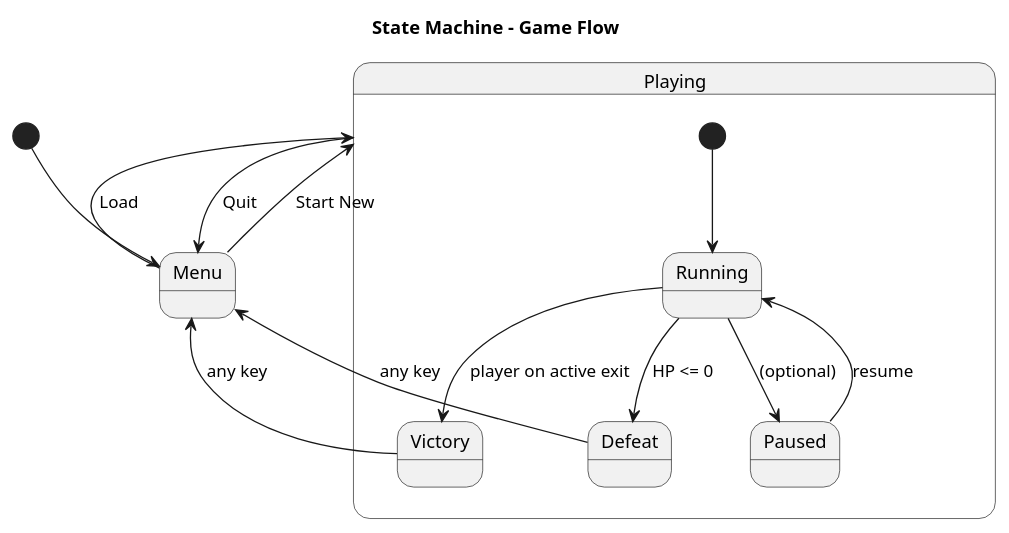
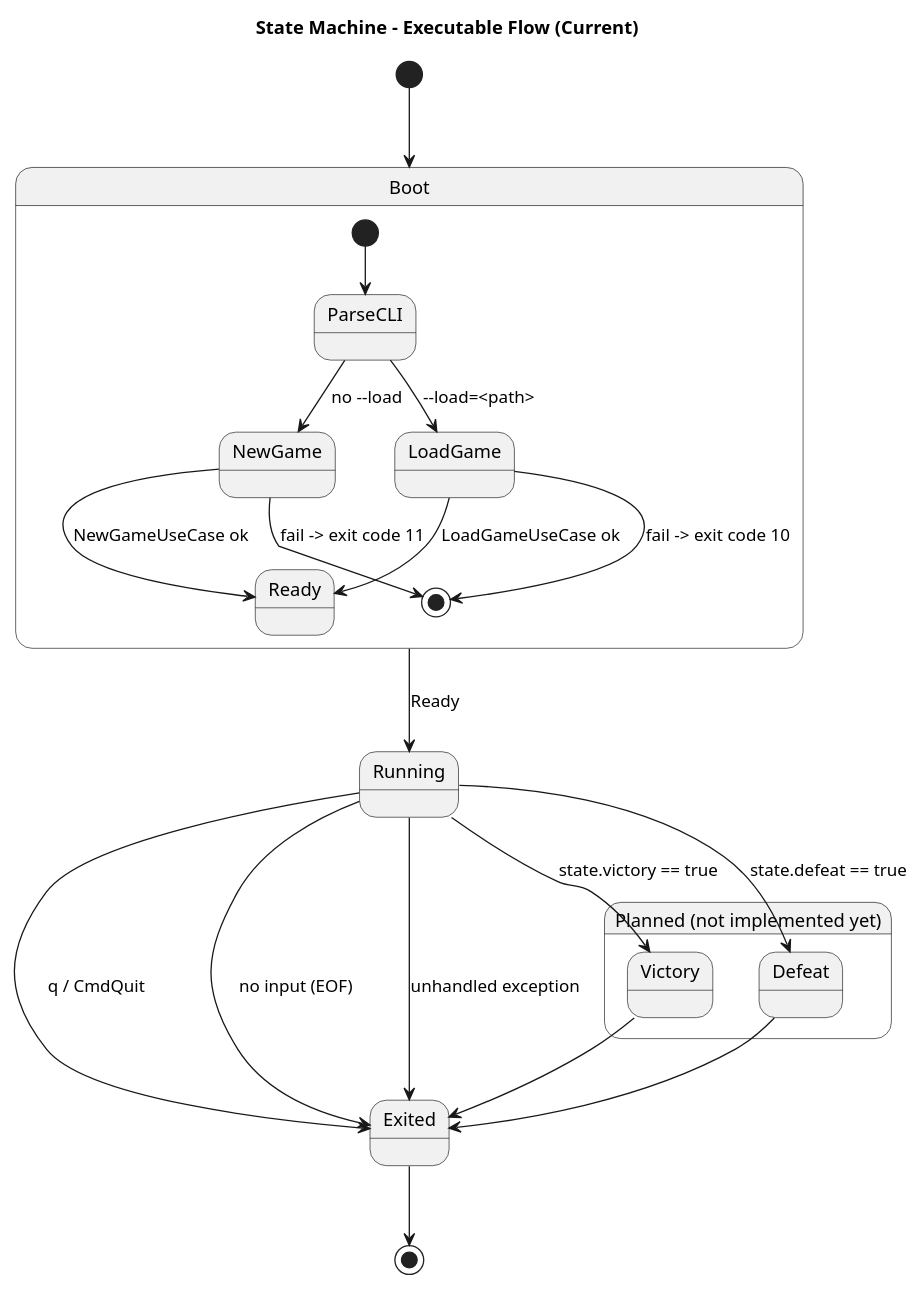
The diagram in docs/diagrams/general_SMD.puml (Sage-Cat/labyrinth_game), drawn with PlantUML before and after one commit. The commit also changed 13 other files, not shown here.

First line of the commit message:
Update diagrams and add PlantUML render script

```diff
--- a/docs/diagrams/general_SMD.puml
+++ b/docs/diagrams/general_SMD.puml
@@ -1,19 +1,31 @@
 @startuml
-title "State Machine – Game Flow"
+title "State Machine – Executable Flow (Current)"
 
-[*] --> Menu
-Menu --> Playing : Start New
-Menu --> Playing : Load
+[*] --> Boot
 
-state Playing {
-  [*] --> Running
-  Running --> Victory : player on active exit
-  Running --> Defeat  : HP <= 0
-  Running --> Paused  : (optional)
-  Paused --> Running  : resume
+state Boot {
+  [*] --> ParseCLI
+  ParseCLI --> NewGame : no --load
+  ParseCLI --> LoadGame : --load=<path>
+
+  NewGame --> Ready : NewGameUseCase ok
+  NewGame --> [*] : fail -> exit code 11
+
+  LoadGame --> Ready : LoadGameUseCase ok
+  LoadGame --> [*] : fail -> exit code 10
 }
 
-Playing --> Menu : Quit
-Victory --> Menu : any key
-Defeat  --> Menu : any key
+Boot --> Running : Ready
+Running --> Exited : q / CmdQuit
+Running --> Exited : no input (EOF)
+Running --> Exited : unhandled exception
+
+state "Planned (not implemented yet)" as Planned {
+  Running --> Victory : state.victory == true
+  Running --> Defeat  : state.defeat == true
+}
+
+Victory --> Exited
+Defeat  --> Exited
+Exited --> [*]
 @enduml
```
